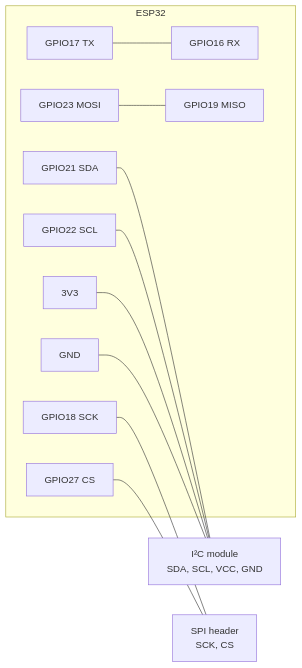
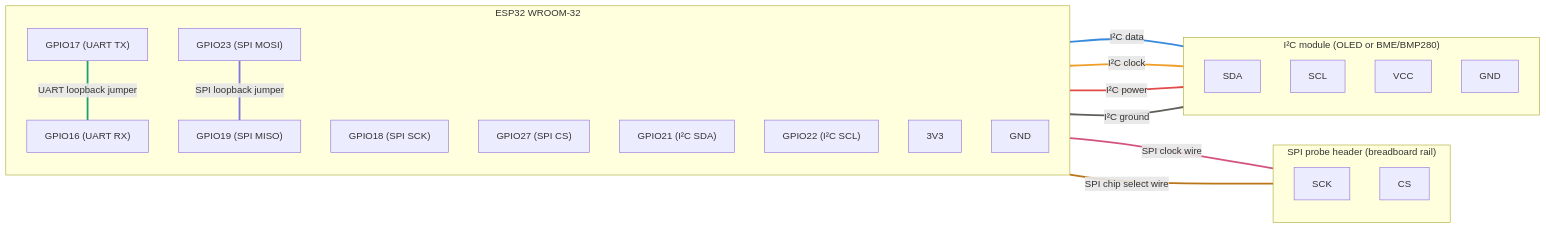
One commit to REGINE-BERMUDO/ESP32_Wired_Communication changed the diagram in README.md. Above: the diagram before and after it, drawn with Mermaid.

Commit message:
Revise ESP32 wiring diagram with detailed connections
Updated wiring diagram for ESP32 with detailed pin descriptions and added connections for I²C and SPI.

````diff
--- a/README.md
+++ b/README.md
@@ -24,27 +24,48 @@
 ```mermaid
 flowchart LR
-    subgraph ESP["ESP32"]
-        G17["GPIO17 TX"]
-        G16["GPIO16 RX"]
-        G23["GPIO23 MOSI"]
-        G19["GPIO19 MISO"]
-        G18["GPIO18 SCK"]
-        G27["GPIO27 CS"]
-        G21["GPIO21 SDA"]
-        G22["GPIO22 SCL"]
+    subgraph ESP["ESP32 WROOM-32"]
+        direction TB
+        G17["GPIO17 (UART TX)"]
+        G16["GPIO16 (UART RX)"]
+        G23["GPIO23 (SPI MOSI)"]
+        G19["GPIO19 (SPI MISO)"]
+        G18["GPIO18 (SPI SCK)"]
+        G27["GPIO27 (SPI CS)"]
+        G21["GPIO21 (I²C SDA)"]
+        G22["GPIO22 (I²C SCL)"]
         V33["3V3"]
-        GND["GND"]
+        GNDP["GND"]
     end
 
-    I2C["I²C module<br/>SDA, SCL, VCC, GND"]
-    SPIH["SPI header<br/>SCK, CS"]
+    subgraph SPIP["SPI probe header (breadboard rail)"]
+        direction TB
+        SCKP["SCK"]
+        CSP["CS"]
+    end
 
-    G17 --- G16
-    G23 --- G19
-    G18 --- SPIH
-    G27 --- SPIH
-    G21 --- I2C
-    G22 --- I2C
-    V33 --- I2C
-    GND --- I2C
+    subgraph MOD["I²C module (OLED or BME/BMP280)"]
+        direction TB
+        SDA["SDA"]
+        SCL["SCL"]
+        VCC["VCC"]
+        GNDM["GND"]
+    end
+
+    G17 ---|"UART loopback jumper"| G16
+    G23 ---|"SPI loopback jumper"| G19
+    G21 ---|"I²C data"| SDA
+    G22 ---|"I²C clock"| SCL
+    V33 ---|"I²C power"| VCC
+    GNDP ---|"I²C ground"| GNDM
+    G18 ---|"SPI clock wire"| SCKP
+    G27 ---|"SPI chip select wire"| CSP
+
+    linkStyle 0 stroke:#1D9E75,stroke-width:3px
+    linkStyle 1 stroke:#7F77DD,stroke-width:3px
+    linkStyle 2 stroke:#378ADD,stroke-width:3px
+    linkStyle 3 stroke:#EF9F27,stroke-width:3px
+    linkStyle 4 stroke:#E24B4A,stroke-width:3px
+    linkStyle 5 stroke:#5F5E5A,stroke-width:3px
+    linkStyle 6 stroke:#D4537E,stroke-width:3px
+    linkStyle 7 stroke:#BA7517,stroke-width:3px
 ```
````
